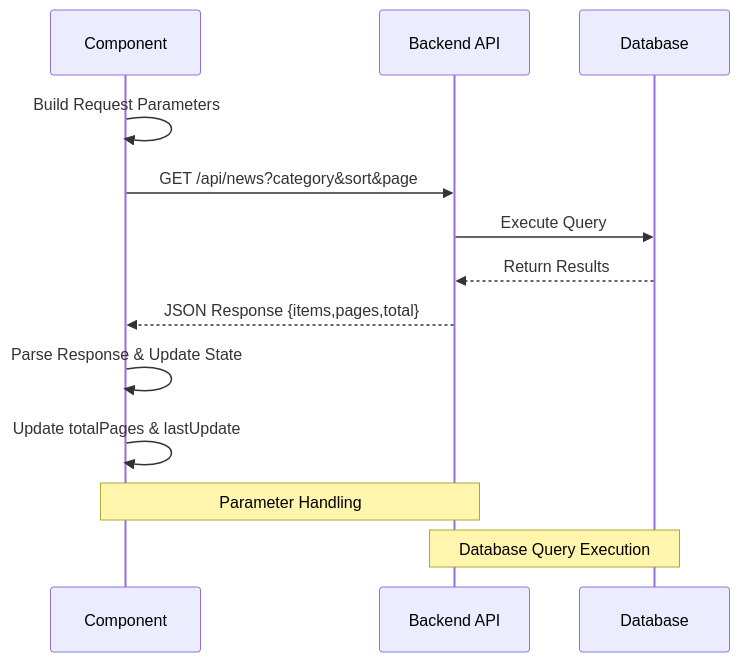
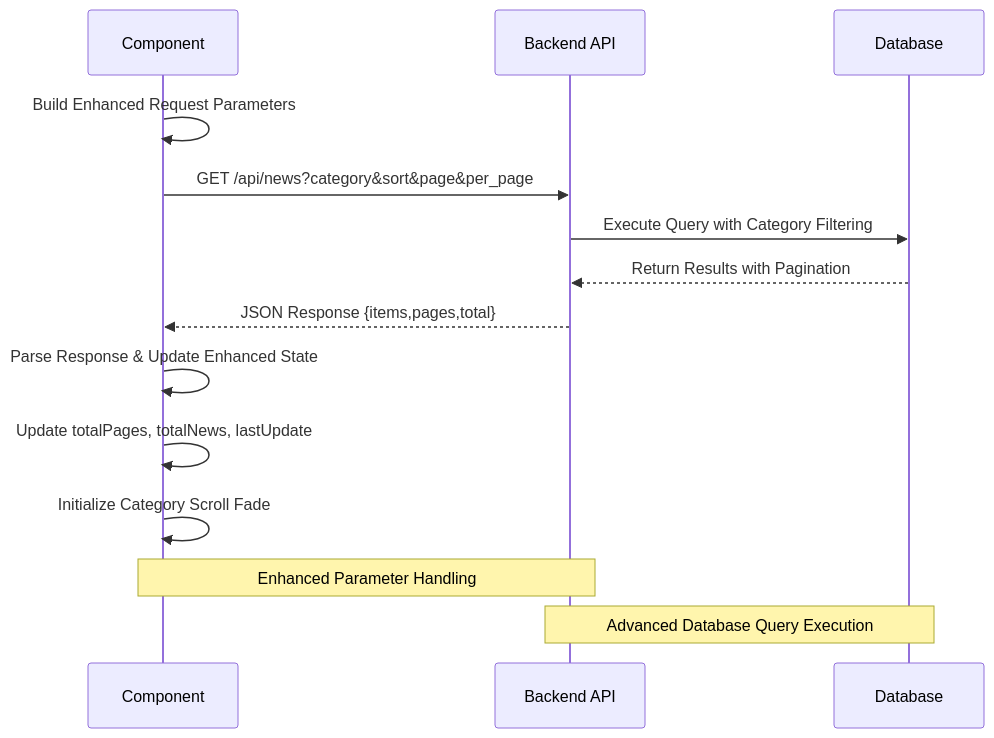
Before and after one commit to zbw-zbw/news-aggregator: the sixth of 11 diagrams in .qoder/repowiki/en/content/Frontend Application/App Component.md, drawn with Mermaid. The commit also changed other lines of this file and 4 other files, not shown here.

````diff
--- a/.qoder/repowiki/en/content/Frontend Application/App Component.md
+++ b/.qoder/repowiki/en/content/Frontend Application/App Component.md
@@ -257,15 +317,16 @@
 ```mermaid
 sequenceDiagram
 participant C as Component
 participant API as Backend API
 participant DB as Database
-C->>C : Build Request Parameters
-C->>API : GET /api/news?category&sort&page
-API->>DB : Execute Query
-DB-->>API : Return Results
+C->>C : Build Enhanced Request Parameters
+C->>API : GET /api/news?category&sort&page&per_page
+API->>DB : Execute Query with Category Filtering
+DB-->>API : Return Results with Pagination
 API-->>C : JSON Response {items,pages,total}
-C->>C : Parse Response & Update State
-C->>C : Update totalPages & lastUpdate
-Note over C,API : Parameter Handling
-Note over API,DB : Database Query Execution
+C->>C : Parse Response & Update Enhanced State
+C->>C : Update totalPages, totalNews, lastUpdate
+C->>C : Initialize Category Scroll Fade
+Note over C,API : Enhanced Parameter Handling
+Note over API,DB : Advanced Database Query Execution
 ```
````
